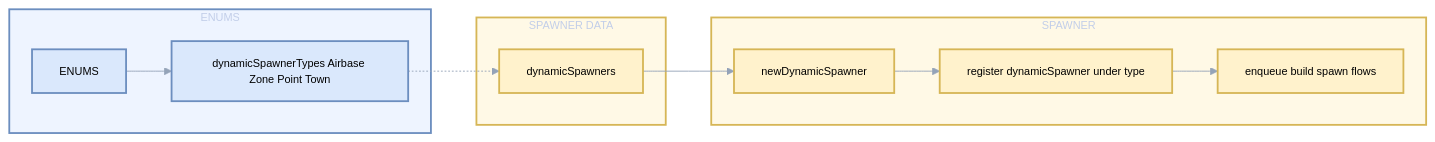
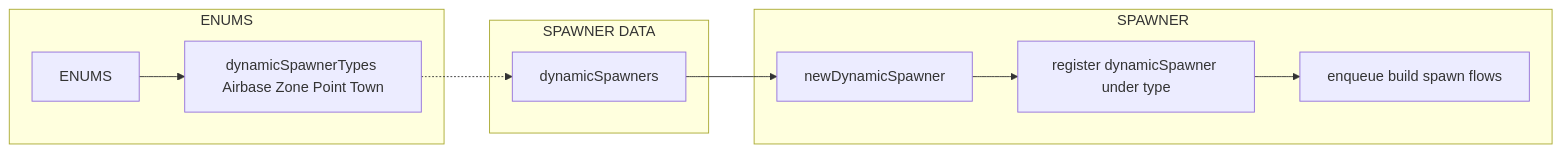
The third of 3 diagrams in docs/enums/spawn_types.md (Gh0st352/AETHR), drawn with Mermaid before and after one commit. The commit also changed other lines of this file and 7 other files, not shown here.

First line of the commit message:
docs(enums): normalize Mermaid labels and formatting

````diff
--- a/docs/enums/spawn_types.md
+++ b/docs/enums/spawn_types.md
@@ -116,42 +98,28 @@
 ```mermaid
-%%{init: {"theme":"base", "themeVariables":{"primaryColor":"#0f172a","primaryTextColor":"#000000ff","lineColor":"#94a3b8","fontSize":"12px"}}}%%
+%% shared theme: docs/_mermaid/theme.json %%
 flowchart LR
 
-%% Classes
-classDef enums fill:#dae8fc,stroke:#6c8ebf,stroke-width:2px;
-classDef sp fill:#fff2cc,stroke:#d6b656,stroke-width:2px;
-
-%% ENUMS
-subgraph sgEnums [ENUMS]
+subgraph "ENUMS" ["ENUMS"]
   EN[ENUMS]
   DST[dynamicSpawnerTypes Airbase Zone Point Town]
 end
 
-%% SPAWNER DATA
-subgraph sgSPData [SPAWNER DATA]
+subgraph "SPAWNER DATA" ["SPAWNER DATA"]
   SPDATA[dynamicSpawners]
 end
 
-%% SPAWNER
-subgraph sgSP [SPAWNER]
+subgraph "SPAWNER" ["SPAWNER"]
   NEW[newDynamicSpawner]
   REG[register dynamicSpawner under type]
   RUN[enqueue build spawn flows]
 end
 
-%% Edges
 EN --> DST
 DST -.-> SPDATA
 SPDATA --> NEW
 NEW --> REG
 REG --> RUN
 
-%% Classes
-class EN,DST enums
-class SPDATA,NEW,REG,RUN sp
-
-%% Styles
-style sgEnums fill:#eef4ff,stroke:#6c8ebf,stroke-width:2px
-style sgSPData fill:#fff9e6,stroke:#d6b656,stroke-width:2px
-style sgSP fill:#fff9e6,stroke:#d6b656,stroke-width:2px
+class EN,DST class_data;
+class SPDATA,NEW,REG,RUN class_step;
 ```
````
